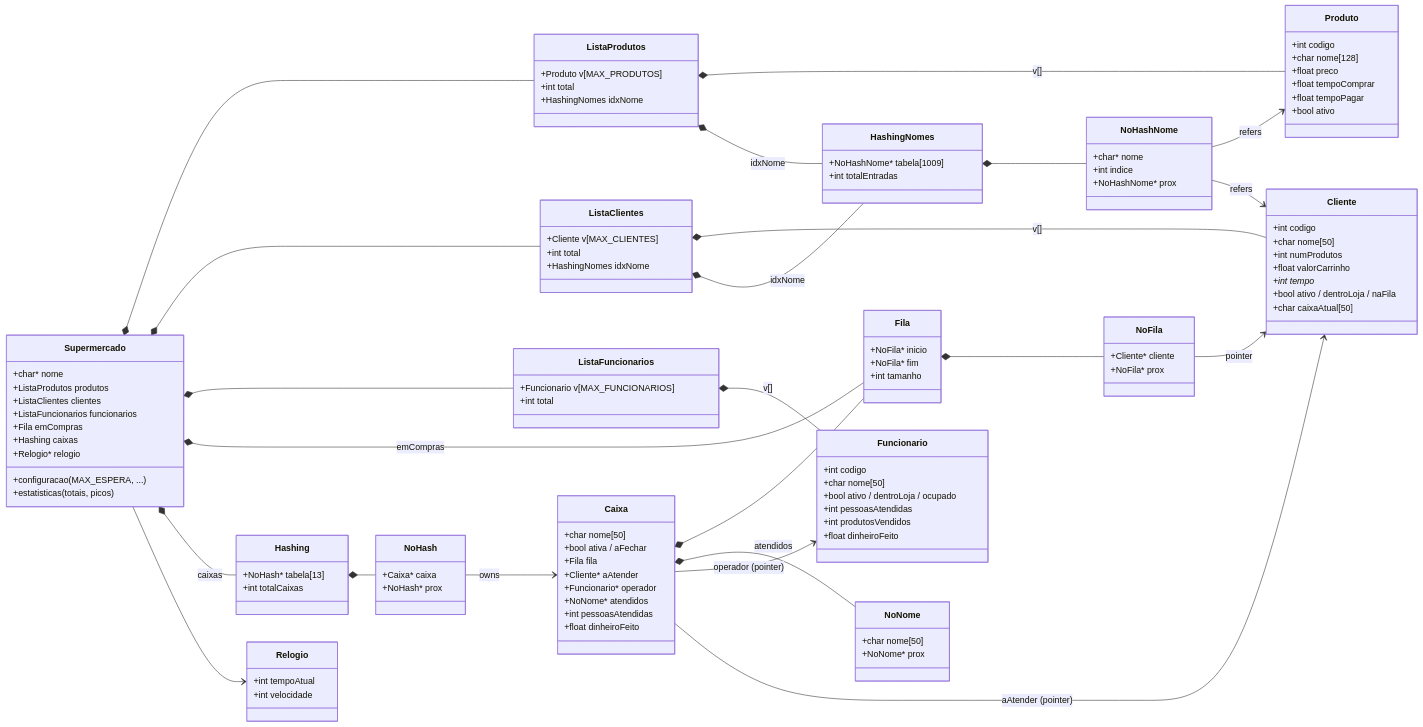
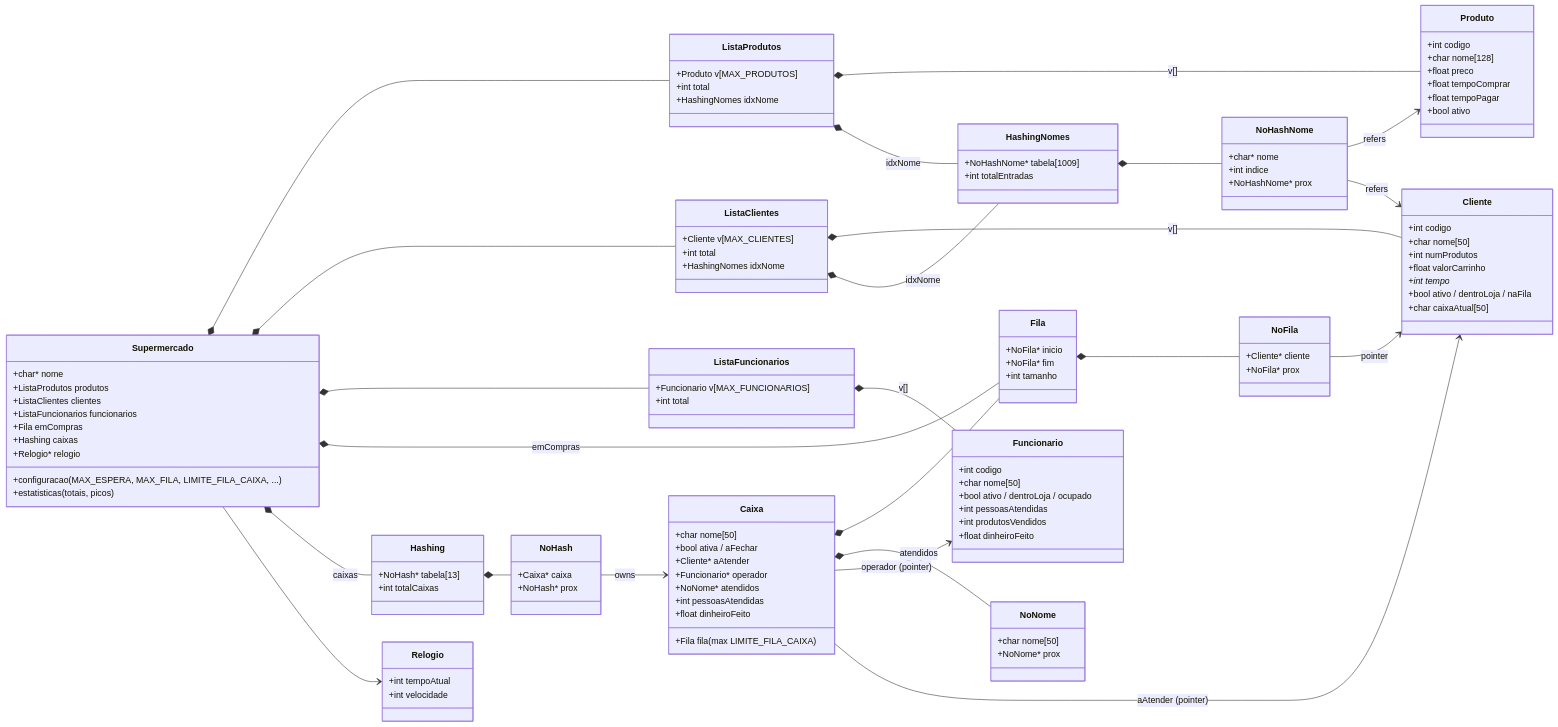
Before and after one commit to Pedri19zen/ED_v2.0: the first of 3 diagrams in docs/Estrutura.md, drawn with Mermaid. The commit also changed other lines of this file and 9 other files, not shown here.

```diff
--- a/docs/Estrutura.md
+++ b/docs/Estrutura.md
@@ -17,7 +17,7 @@
         +Fila emCompras
         +Hashing caixas
         +Relogio* relogio
-        +configuracao (MAX_ESPERA, ...)
+        +configuracao (MAX_ESPERA, MAX_FILA, LIMITE_FILA_CAIXA, ...)
         +estatisticas (totais, picos)
     }
 
@@ -65,7 +65,7 @@
     class Caixa {
         +char nome[50]
         +bool ativa / aFechar
-        +Fila fila
+        +Fila fila (max LIMITE_FILA_CAIXA)
         +Cliente* aAtender
         +Funcionario* operador
         +NoNome* atendidos
```
